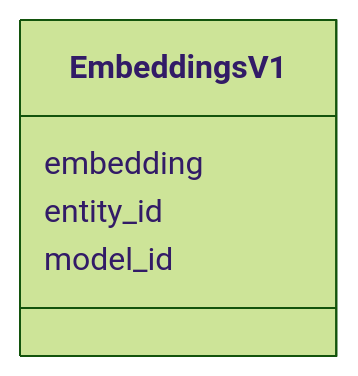
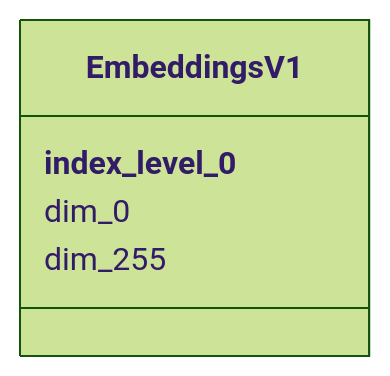
The diagram in docs/kbase/nmdc_core/EmbeddingsV1.md (cmungall/bridge-schemas), drawn with Mermaid (forest theme) before and after one commit. The commit also changed other lines of this file and 1727 other files, not shown here.

````diff
--- a/docs/kbase/nmdc_core/EmbeddingsV1.md
+++ b/docs/kbase/nmdc_core/EmbeddingsV1.md
@@ -18,12 +24,12 @@
 ```mermaid
  classDiagram
     class EmbeddingsV1
     click EmbeddingsV1 href "../EmbeddingsV1/"
-      EmbeddingsV1 : embedding
+      EmbeddingsV1 : __index_level_0__
         
-      EmbeddingsV1 : entity_id
+      EmbeddingsV1 : dim_0
         
-      EmbeddingsV1 : model_id
+      EmbeddingsV1 : dim_255
         
       
 ```
````
